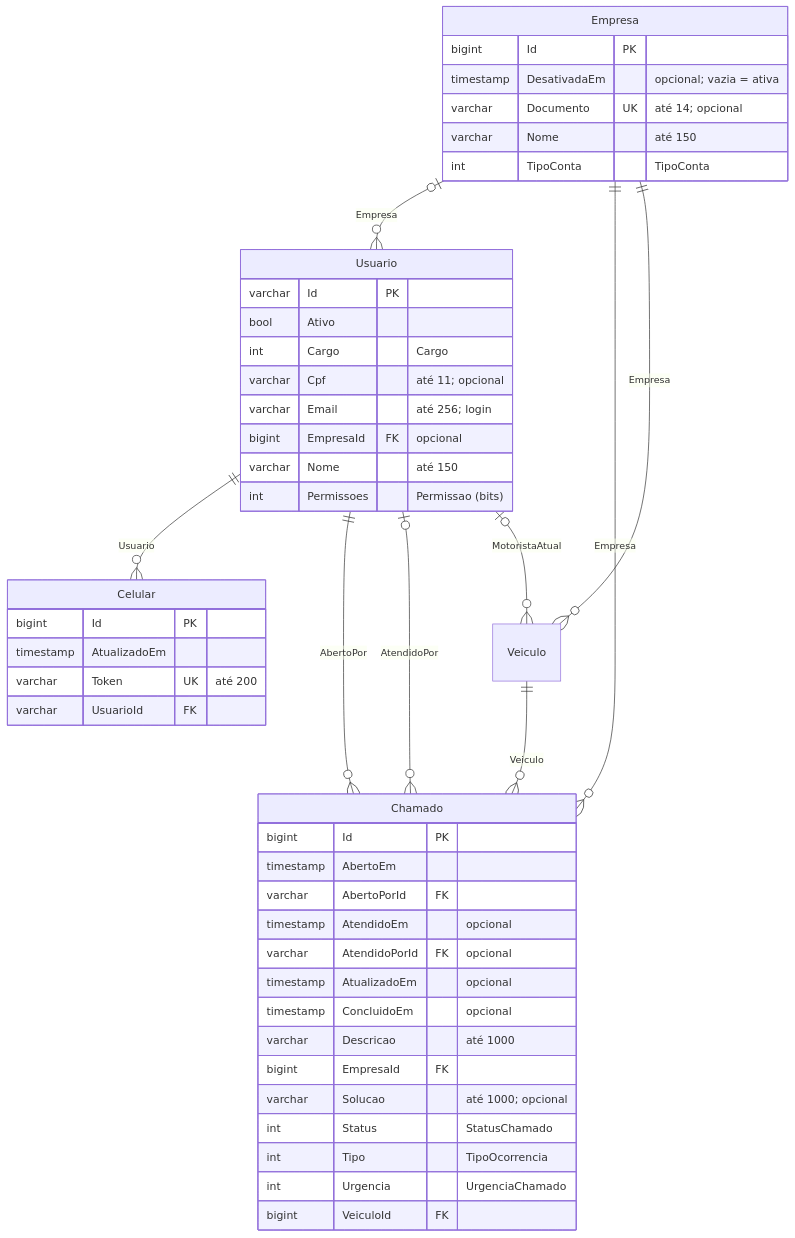
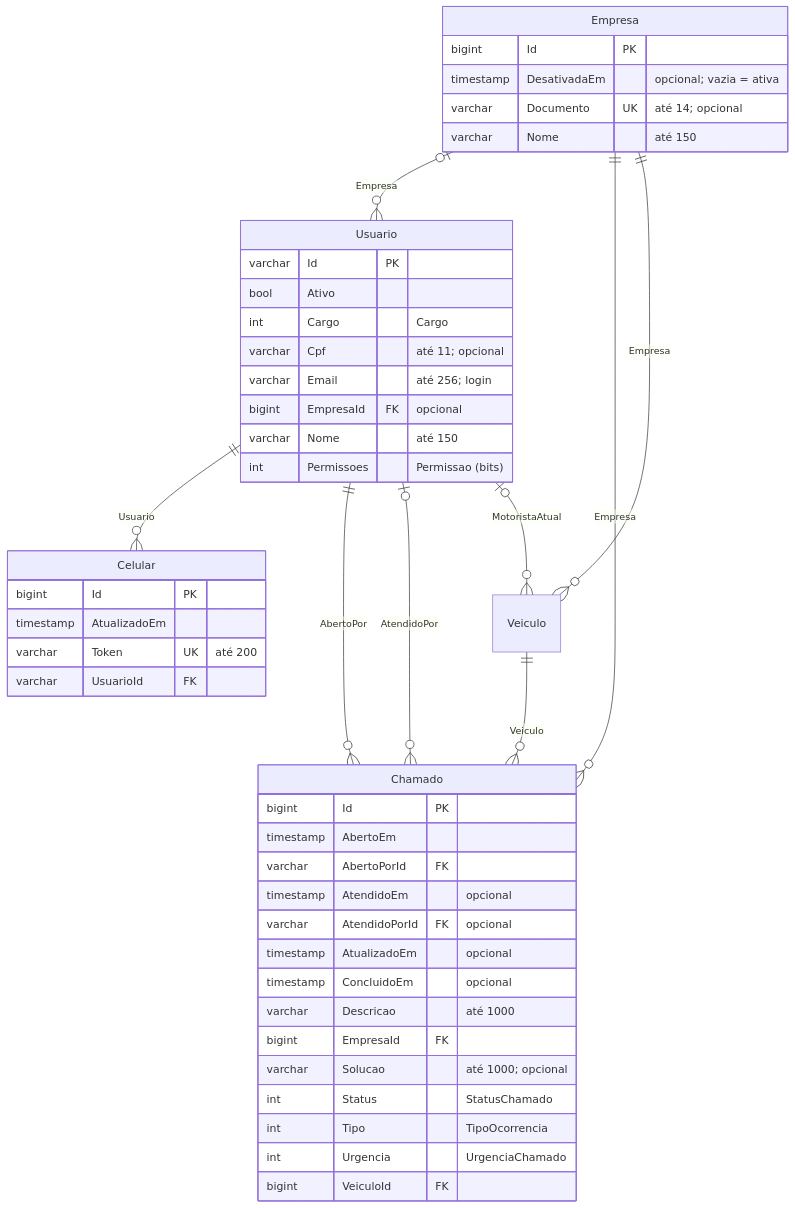
Before and after one commit to LeandroPoletti/CheckTruck: the fourth of 4 diagrams in docs/banco-de-dados.md, drawn with Mermaid. The commit also changed other lines of this file and 63 other files, not shown here.

````diff
--- a/docs/banco-de-dados.md
+++ b/docs/banco-de-dados.md
@@ -225,50 +225,49 @@
 ```mermaid
 erDiagram
     Empresa {
         bigint Id PK
         timestamp DesativadaEm "opcional; vazia = ativa"
         varchar Documento UK "até 14; opcional"
         varchar Nome "até 150"
-        int TipoConta "TipoConta"
     }
     Usuario {
         varchar Id PK
         bool Ativo
         int Cargo "Cargo"
         varchar Cpf "até 11; opcional"
         varchar Email "até 256; login"
         bigint EmpresaId FK "opcional"
         varchar Nome "até 150"
         int Permissoes "Permissao (bits)"
     }
     Celular {
         bigint Id PK
         timestamp AtualizadoEm
         varchar Token UK "até 200"
         varchar UsuarioId FK
     }
     Chamado {
         bigint Id PK
         timestamp AbertoEm
         varchar AbertoPorId FK
         timestamp AtendidoEm "opcional"
         varchar AtendidoPorId FK "opcional"
         timestamp AtualizadoEm "opcional"
         timestamp ConcluidoEm "opcional"
         varchar Descricao "até 1000"
         bigint EmpresaId FK
         varchar Solucao "até 1000; opcional"
         int Status "StatusChamado"
         int Tipo "TipoOcorrencia"
         int Urgencia "UrgenciaChamado"
         bigint VeiculoId FK
     }
     Empresa |o--o{ Usuario : "Empresa"
     Usuario ||--o{ Celular : "Usuario"
     Usuario ||--o{ Chamado : "AbertoPor"
     Usuario |o--o{ Chamado : "AtendidoPor"
     Empresa ||--o{ Chamado : "Empresa"
     Veiculo ||--o{ Chamado : "Veiculo"
     Empresa ||--o{ Veiculo : "Empresa"
     Usuario |o--o{ Veiculo : "MotoristaAtual"
 ```
````
